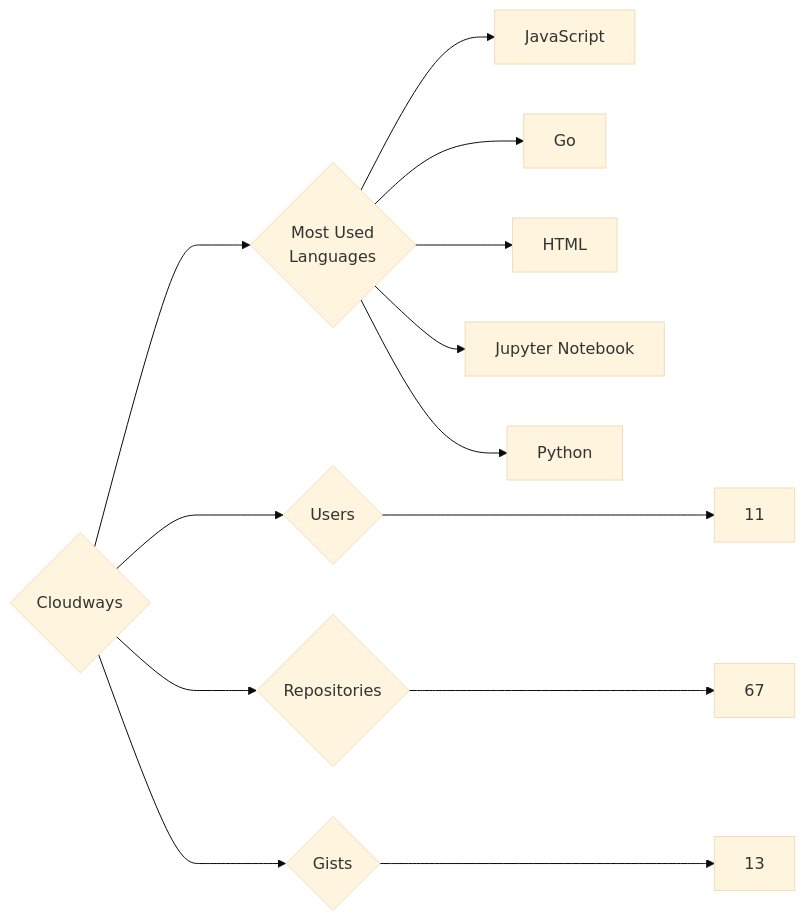
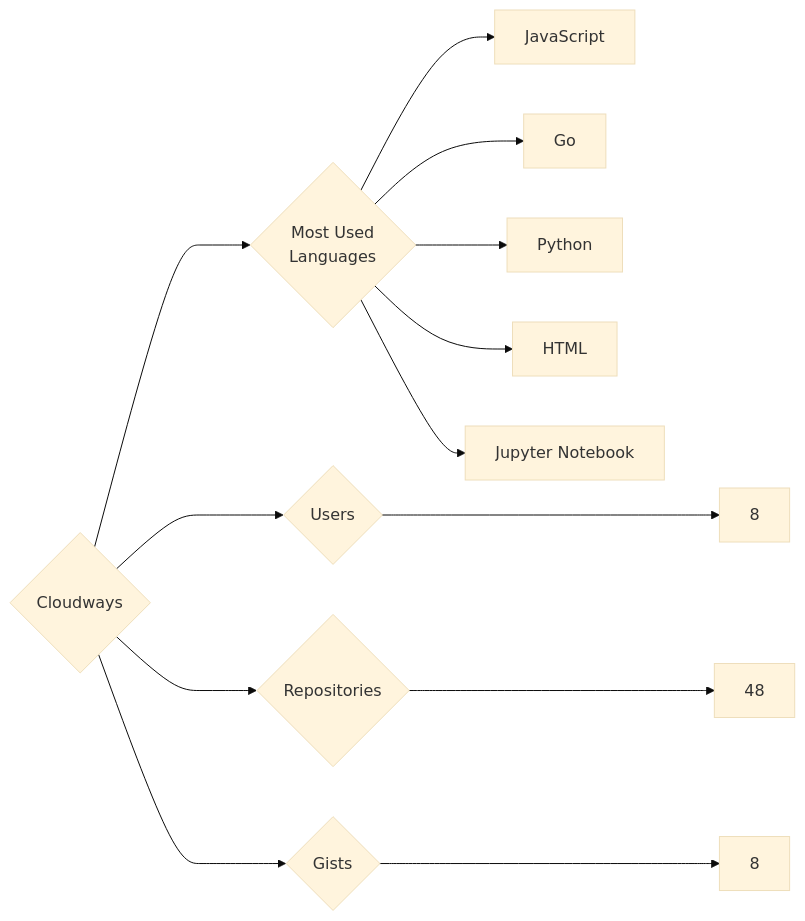
The diagram in targets/Cloudways/README.md (trickest/insiders), drawn with Mermaid (base theme) before and after one commit. The commit also changed 1023 other files, not shown here.

````diff
--- a/targets/Cloudways/README.md
+++ b/targets/Cloudways/README.md
@@ -3,13 +3,13 @@
 ```mermaid
 graph LR
 COMPANY_NAME{Cloudways}
-COMPANY_NAME ---> U{Users} ---> UN[11]
-COMPANY_NAME ---> R{Repositories} ---> RN[67]
-COMPANY_NAME ---> G{Gists} ---> GN[13]
+COMPANY_NAME ---> U{Users} ---> UN[8]
+COMPANY_NAME ---> R{Repositories} ---> RN[48]
+COMPANY_NAME ---> G{Gists} ---> GN[8]
 COMPANY_NAME ---> ML{Most Used<br>Languages}
 ML --> JavaScript[JavaScript]
 ML --> Go[Go]
+ML --> Python[Python]
 ML --> HTML[HTML]
 ML --> Jupyter_Notebook[Jupyter Notebook]
-ML --> Python[Python]
 ```
````
